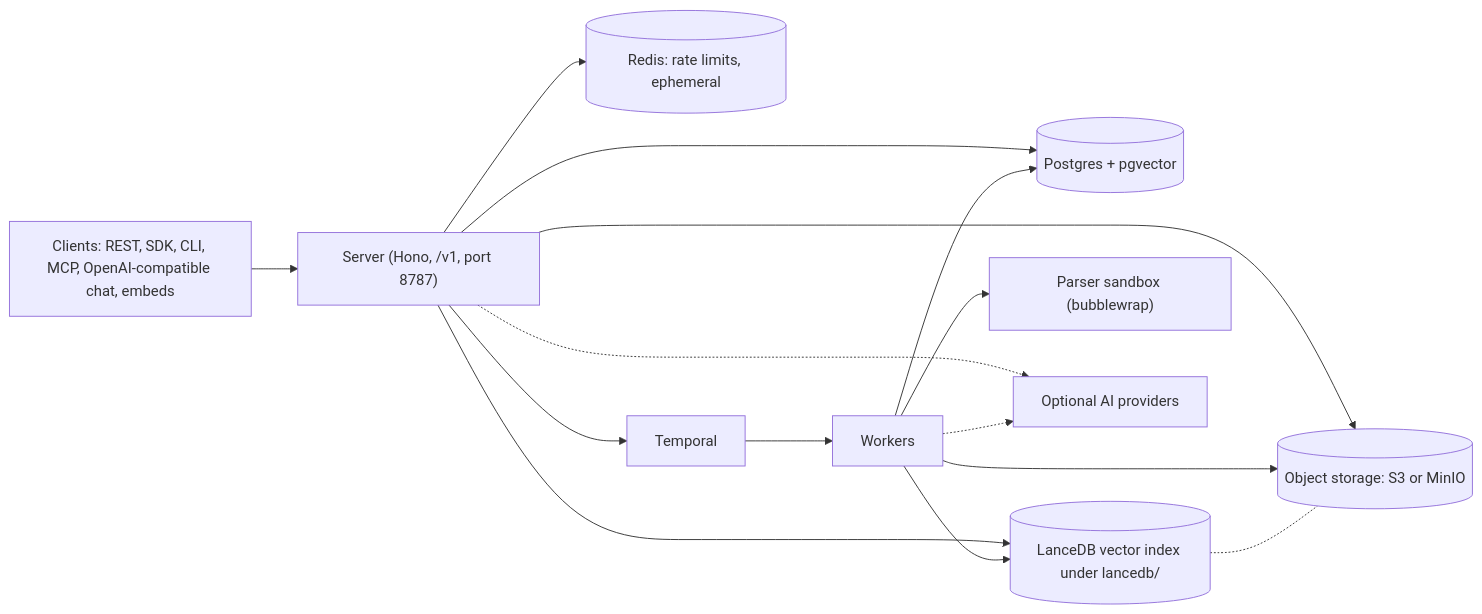
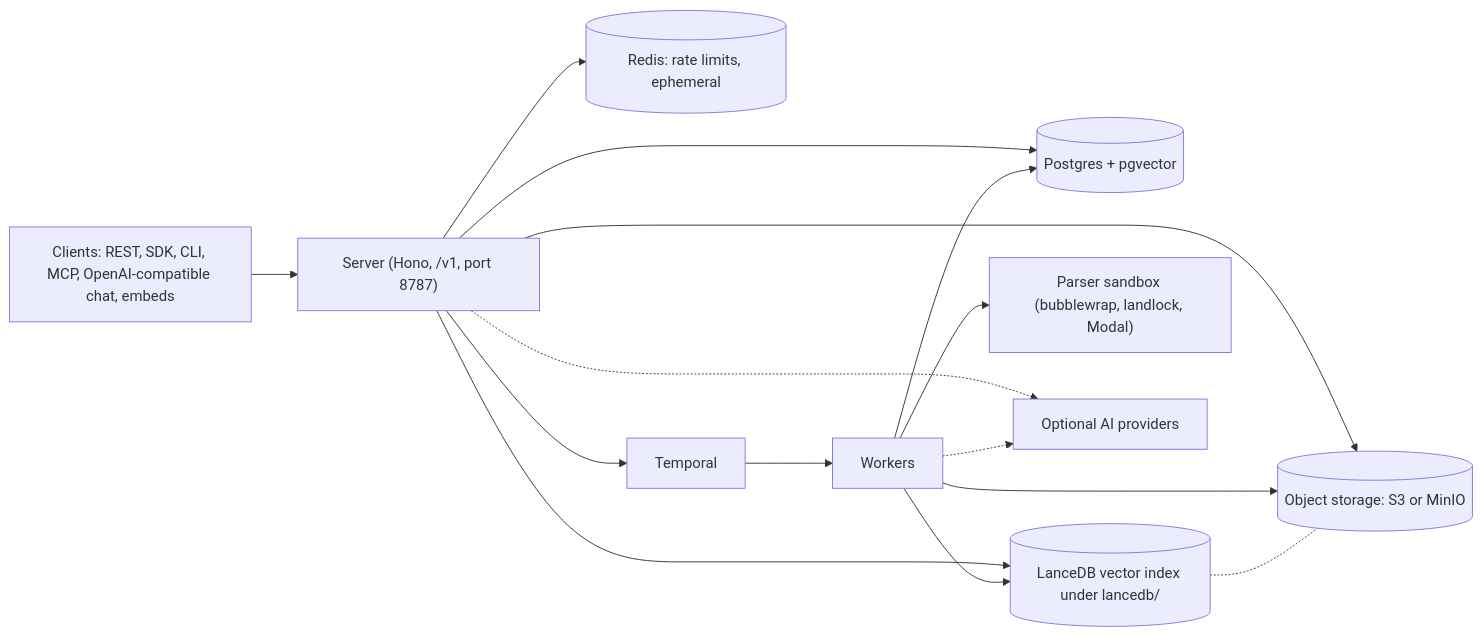
One commit to DocSlurp/docslurp-oss changed the diagram in docs/self-host/README.md. Above: the diagram before and after it, drawn with Mermaid. The commit also changed other lines of this file and 7 other files, not shown here.

First line of the commit message:
Document parser sandbox providers for self-hosting

````diff
--- a/docs/self-host/README.md
+++ b/docs/self-host/README.md
@@ -9,28 +9,28 @@
 ```mermaid
 flowchart LR
   clients["Clients: REST, SDK, CLI, MCP, OpenAI-compatible chat, embeds"]
   server["Server (Hono, /v1, port 8787)"]
   pg[("Postgres + pgvector")]
   redis[("Redis: rate limits, ephemeral")]
   store[("Object storage: S3 or MinIO")]
   lance[("LanceDB vector index under lancedb/")]
   temporal["Temporal"]
   worker["Workers"]
-  sandbox["Parser sandbox (bubblewrap)"]
+  sandbox["Parser sandbox (bubblewrap, landlock, Modal)"]
   ai["Optional AI providers"]
 
   clients --> server
   server --> pg
   server --> redis
   server --> store
   server --> lance
   server --> temporal
   temporal --> worker
   worker --> sandbox
   worker --> pg
   worker --> store
   worker --> lance
   lance -.- store
   server -.-> ai
   worker -.-> ai
 ```
````
